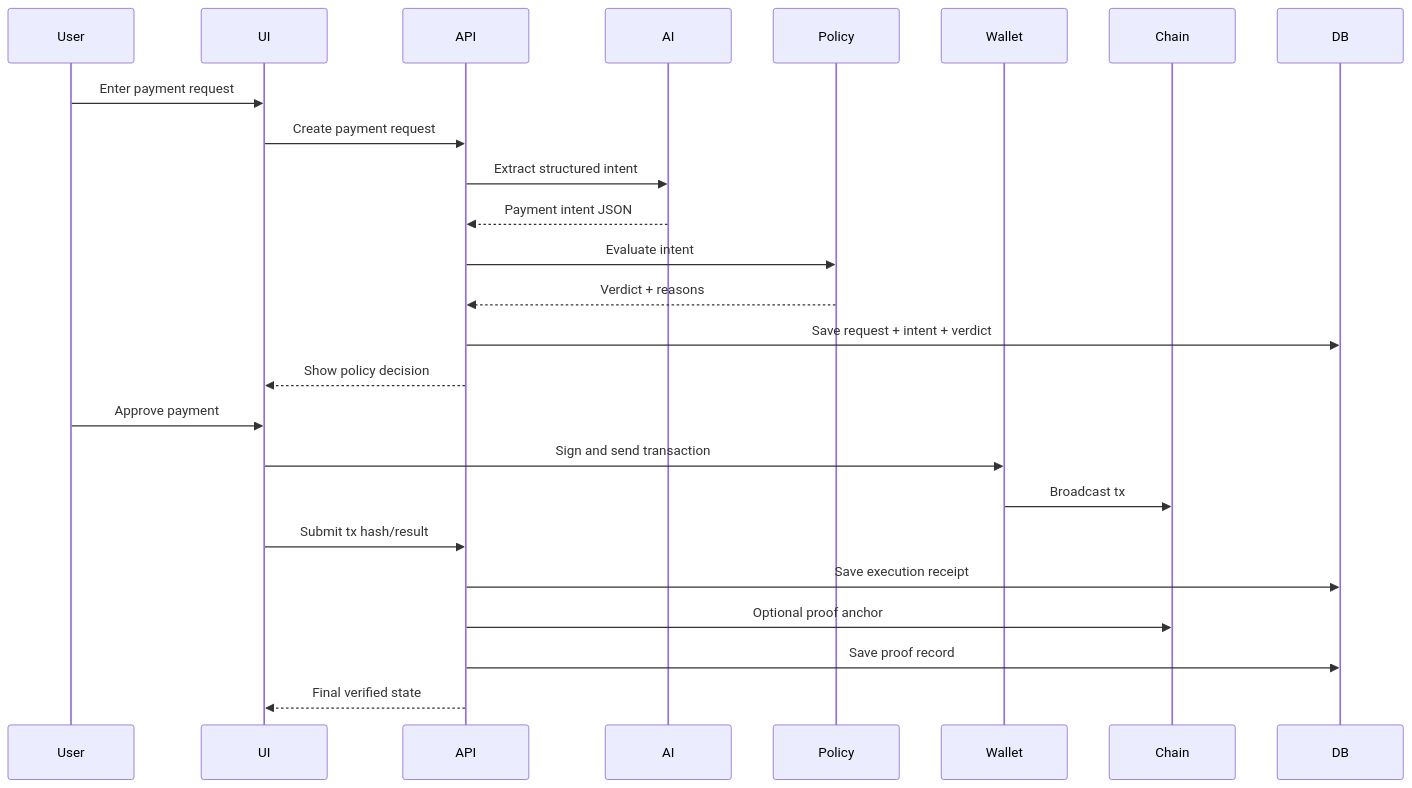
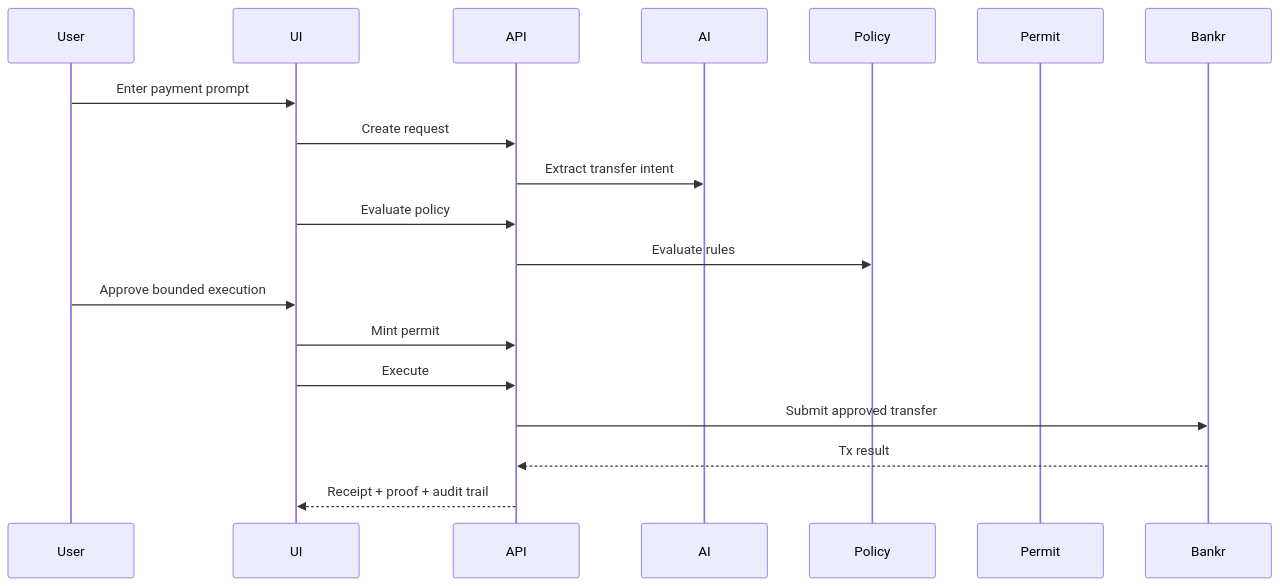
Before and after one commit to STR7ANGER/VeriPay: the second of 2 diagrams in planning/04-hld.md, drawn with Mermaid. The commit also changed other lines of this file and 34 other files, not shown here.

Commit message:
VP-013 implement Bankr-first delegated guardrails flow

````diff
--- a/planning/04-hld.md
+++ b/planning/04-hld.md
@@ -84,28 +24,22 @@
 ```mermaid
 sequenceDiagram
     participant User
     participant UI
     participant API
     participant AI
     participant Policy
-    participant Wallet
-    participant Chain
-    participant DB
+    participant Permit
+    participant Bankr
 
-    User->>UI: Enter payment request
-    UI->>API: Create payment request
-    API->>AI: Extract structured intent
-    AI-->>API: Payment intent JSON
-    API->>Policy: Evaluate intent
-    Policy-->>API: Verdict + reasons
-    API->>DB: Save request + intent + verdict
-    API-->>UI: Show policy decision
-    User->>UI: Approve payment
-    UI->>Wallet: Sign and send transaction
-    Wallet->>Chain: Broadcast tx
-    UI->>API: Submit tx hash/result
-    API->>DB: Save execution receipt
-    API->>Chain: Optional proof anchor
-    API->>DB: Save proof record
-    API-->>UI: Final verified state
+    User->>UI: Enter payment prompt
+    UI->>API: Create request
+    API->>AI: Extract transfer intent
+    UI->>API: Evaluate policy
+    API->>Policy: Evaluate rules
+    User->>UI: Approve bounded execution
+    UI->>API: Mint permit
+    UI->>API: Execute
+    API->>Bankr: Submit approved transfer
+    Bankr-->>API: Tx result
+    API-->>UI: Receipt + proof + audit trail
 ```
````
